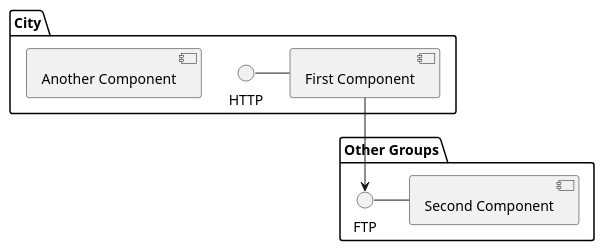
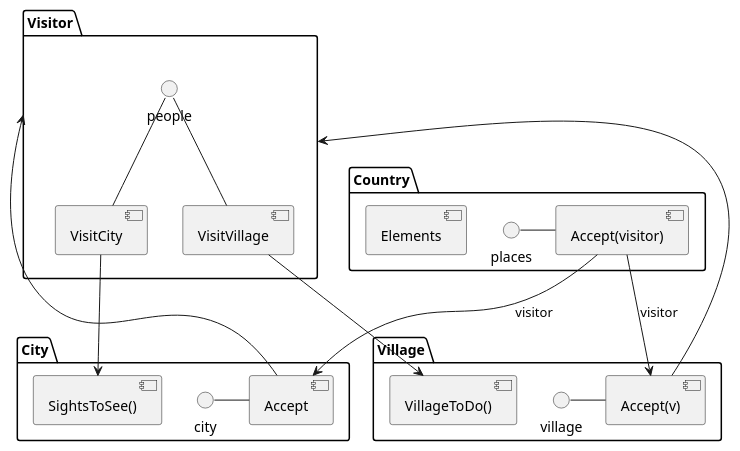
The diagram in doc/visitor/component_visitor.puml (sabrusrin/wildberries), drawn with PlantUML before and after one commit. The commit also changed 7 other files, not shown here.

```diff
--- a/doc/visitor/component_visitor.puml
+++ b/doc/visitor/component_visitor.puml
@@ -1,14 +1,29 @@
 @startuml
 
-package "City" {
-HTTP - [First Component]
-[Another Component]
+package "Country" {
+places - [Accept(visitor)]
+[Elements]
 }
 
-package "Other Groups" {
-FTP - [Second Component]
+package "City" {
+city - [Accept]
+[Accept(visitor)] --> [Accept]:visitor
+[SightsToSee()]
+}
 
-[First Component] --> FTP
+package "Village" {
+village - [Accept(v)]
+[Accept(visitor)] --> [Accept(v)]:visitor
+[VillageToDo()]
+}
+
+package "Visitor" {
+[Accept] --> Visitor
+[Accept(v)] --> Visitor
+[VisitCity] --> [SightsToSee()]
+[VisitVillage] --> [VillageToDo()]
+people -- [VisitCity]
+people --[VisitVillage]
 }
 
 @enduml
```
